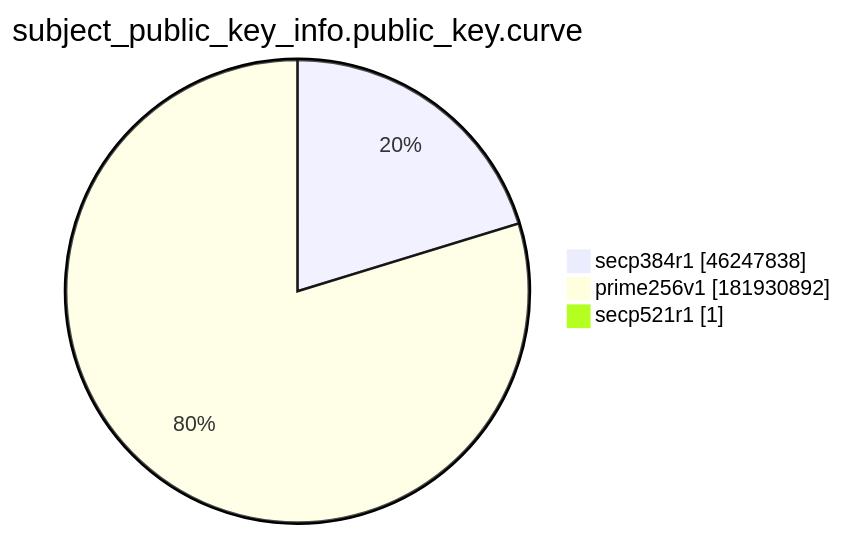
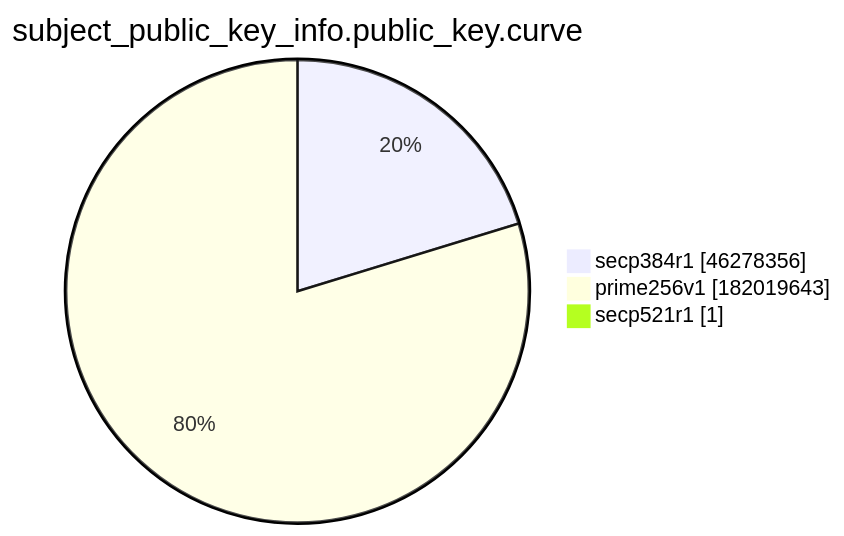
The ninth of 15 diagrams in xenon2022/README.md (christiankrug/ctmonitor_visualization), drawn with Mermaid before and after one commit. The commit also changed other lines of this file, not shown here.

````diff
--- a/xenon2022/README.md
+++ b/xenon2022/README.md
@@ -2874,7 +2874,7 @@
 ```mermaid
 pie showData
 title subject_public_key_info.public_key.curve
-"secp384r1" :46247838
-"prime256v1" :181930892
+"secp384r1" :46278356
+"prime256v1" :182019643
 "secp521r1" :1
 ```
````
